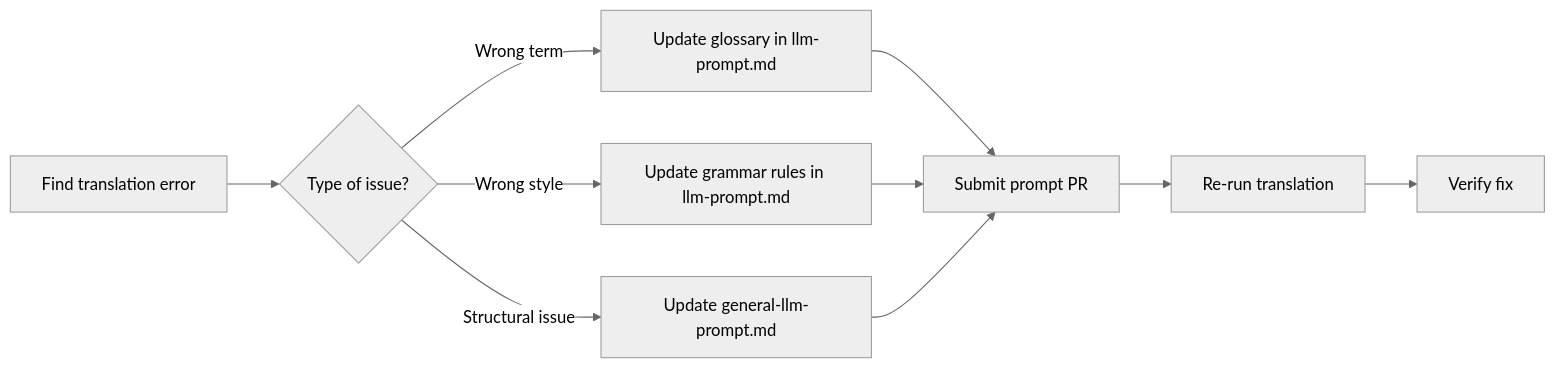
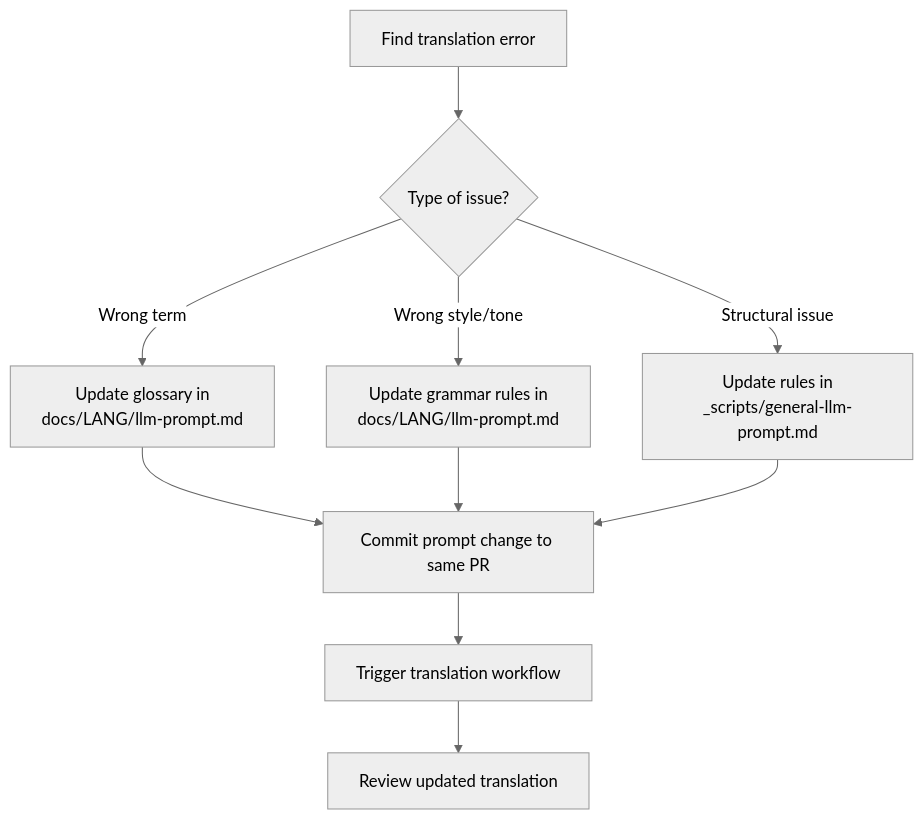
The second of 2 diagrams in TRANSLATING.md (nextflow-io/training), drawn with Mermaid (neutral theme) before and after one commit. The commit also changed other lines of this file and 1 other file, not shown here.

First line of the commit message:
Improve translation docs: GitHub admonitions, clarify workflow

````diff
--- a/TRANSLATING.md
+++ b/TRANSLATING.md
@@ -81,12 +82,12 @@
 ```mermaid
-flowchart LR
+flowchart TD
     A[Find translation error] --> B{Type of issue?}
-    B -->|Wrong term| C[Update glossary in llm-prompt.md]
-    B -->|Wrong style| D[Update grammar rules in llm-prompt.md]
-    B -->|Structural issue| E[Update general-llm-prompt.md]
-    C --> F[Submit prompt PR]
+    B -->|Wrong term| C[Update glossary in<br>docs/LANG/llm-prompt.md]
+    B -->|Wrong style/tone| D[Update grammar rules in<br>docs/LANG/llm-prompt.md]
+    B -->|Structural issue| E[Update rules in<br>_scripts/general-llm-prompt.md]
+    C --> F[Commit prompt change to same PR]
     D --> F
     E --> F
-    F --> G[Re-run translation]
-    G --> H[Verify fix]
+    F --> G[Trigger translation workflow]
+    G --> H[Review updated translation]
 ```
````
